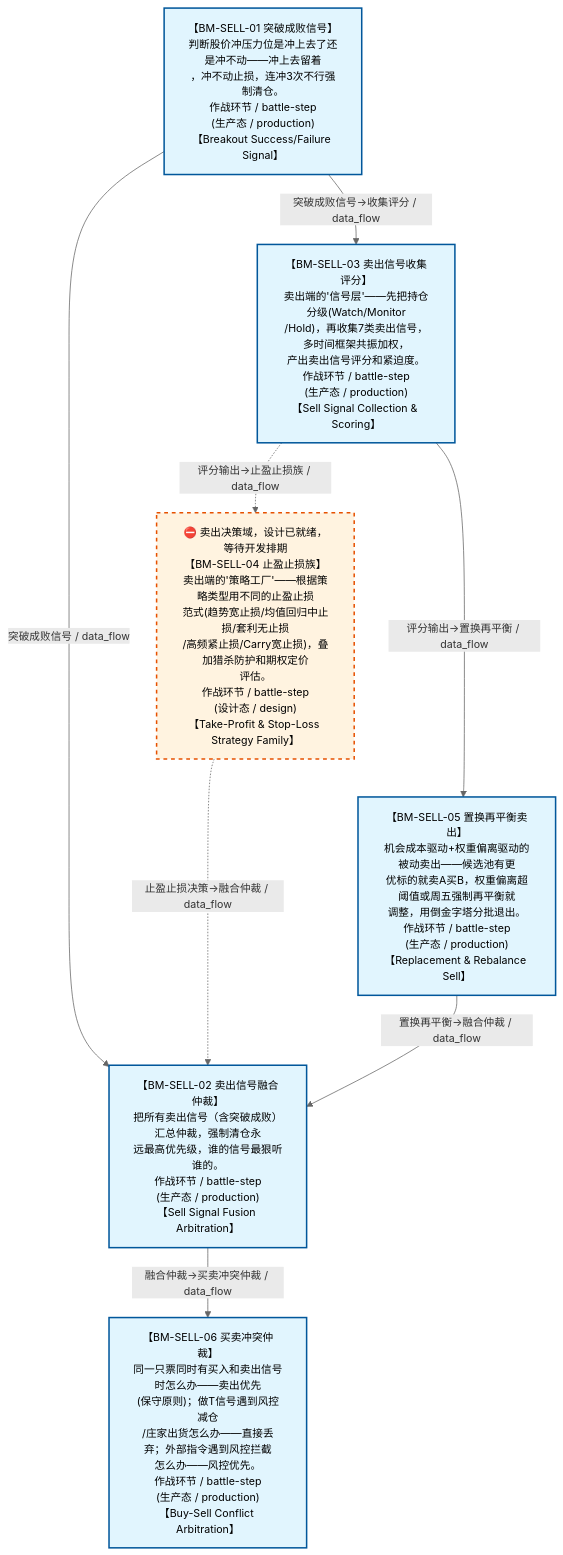
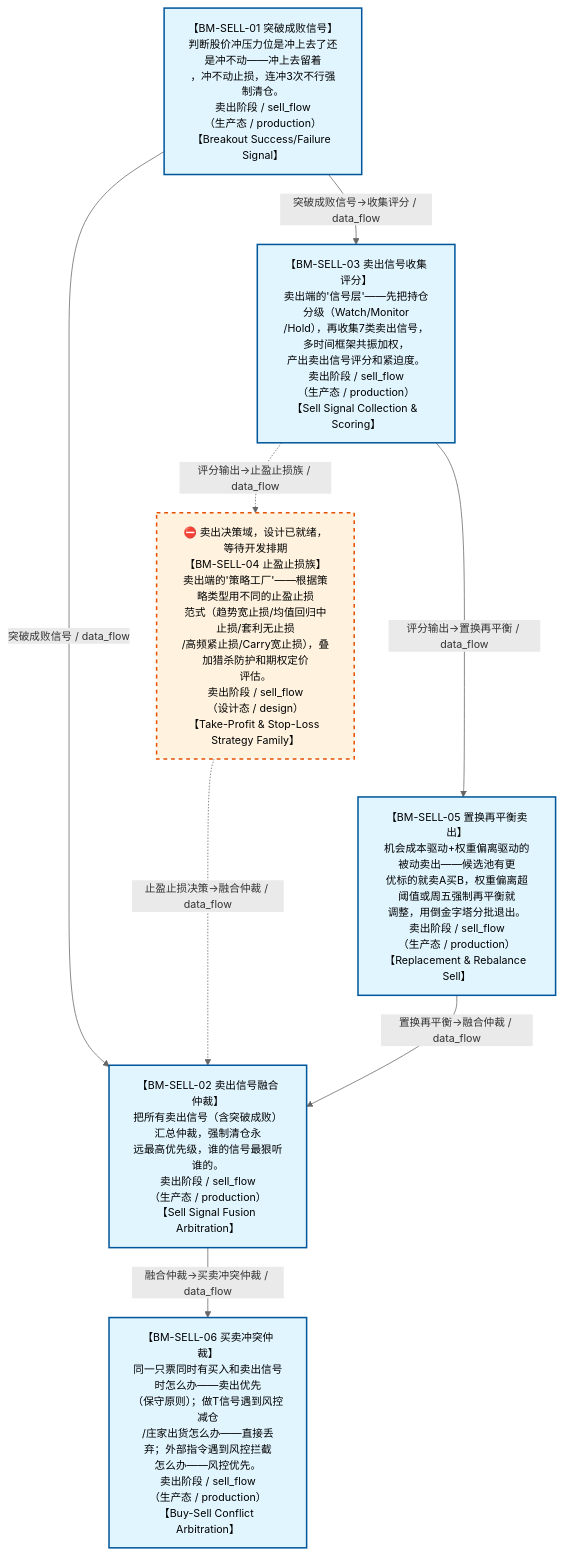
One commit to xuanFelixVan/ZephyrAlpha changed the diagram in docs/02_enterprise_architecture/07_trading_decision_architecture/battle_map/battle_map_03_sell_flow.md. Above: the diagram before and after it, drawn with Mermaid. The commit also changed 9 other files, not shown here.

First line of the commit message:
feat(battle_map): V0.4.0 作战地图父子嵌套机制——schema+写入校验+对齐检查+生成器subgraph+模板V1.5

````diff
--- a/docs/02_enterprise_architecture/07_trading_decision_architecture/battle_map/battle_map_03_sell_flow.md
+++ b/docs/02_enterprise_architecture/07_trading_decision_architecture/battle_map/battle_map_03_sell_flow.md
@@ -38,26 +38,26 @@
 ```mermaid
 %%{init: {'theme': 'base', 'themeVariables': {'primaryColor': '#eaeaea', 'primaryTextColor': '#333333', 'primaryBorderColor': '#666666', 'lineColor': '#666666', 'secondaryColor': '#eaeaea', 'tertiaryColor': '#eaeaea', 'clusterBkg': 'transparent', 'clusterBorder': 'transparent', 'fontSize': '14px'}}}%%
 %% 卖出阶段图
 flowchart TD
-    BM_SELL_01["【BM-SELL-01 突破成败信号】<br/>判断股价冲压力位是冲上去了还是冲不动——冲上去留着<br/>，冲不动止损，连冲3次不行强制清仓。<br/>作战环节 / battle-step<br/>(生产态 / production)<br/>【Breakout Success/Failure Signal】"]
-    BM_SELL_02["【BM-SELL-02 卖出信号融合仲裁】<br/>把所有卖出信号（含突破成败）汇总仲裁，强制清仓永<br/>远最高优先级，谁的信号最狠听谁的。<br/>作战环节 / battle-step<br/>(生产态 / production)<br/>【Sell Signal Fusion Arbitration】"]
-    BM_SELL_03["【BM-SELL-03 卖出信号收集评分】<br/>卖出端的'信号层'——先把持仓分级(Watch/Monitor<br/>/Hold)，再收集7类卖出信号，多时间框架共振加权，<br/>产出卖出信号评分和紧迫度。<br/>作战环节 / battle-step<br/>(生产态 / production)<br/>【Sell Signal Collection &amp; Scoring】"]
-    BM_SELL_04["⛔ 卖出决策域，设计已就绪，等待开发排期<br/>【BM-SELL-04 止盈止损族】<br/>卖出端的'策略工厂'——根据策略类型用不同的止盈止损<br/>范式(趋势宽止损/均值回归中止损/套利无止损<br/>/高频紧止损/Carry宽止损)，叠加猎杀防护和期权定价<br/>评估。<br/>作战环节 / battle-step<br/>(设计态 / design)<br/>【Take-Profit &amp; Stop-Loss Strategy Family】"]
-    BM_SELL_05["【BM-SELL-05 置换再平衡卖出】<br/>机会成本驱动+权重偏离驱动的被动卖出——候选池有更<br/>优标的就卖A买B，权重偏离超阈值或周五强制再平衡就<br/>调整，用倒金字塔分批退出。<br/>作战环节 / battle-step<br/>(生产态 / production)<br/>【Replacement &amp; Rebalance Sell】"]
-    BM_SELL_06["【BM-SELL-06 买卖冲突仲裁】<br/>同一只票同时有买入和卖出信号时怎么办——卖出优先<br/>(保守原则)；做T信号遇到风控减仓<br/>/庄家出货怎么办——直接丢弃；外部指令遇到风控拦截<br/>怎么办——风控优先。<br/>作战环节 / battle-step<br/>(生产态 / production)<br/>【Buy-Sell Conflict Arbitration】"]
+    BM_SELL_01["【BM-SELL-01 突破成败信号】<br/>判断股价冲压力位是冲上去了还是冲不动——冲上去留着<br/>，冲不动止损，连冲3次不行强制清仓。<br/>卖出阶段 / sell_flow<br/>（生产态 / production）<br/>【Breakout Success/Failure Signal】"]
+    BM_SELL_02["【BM-SELL-02 卖出信号融合仲裁】<br/>把所有卖出信号（含突破成败）汇总仲裁，强制清仓永<br/>远最高优先级，谁的信号最狠听谁的。<br/>卖出阶段 / sell_flow<br/>（生产态 / production）<br/>【Sell Signal Fusion Arbitration】"]
+    BM_SELL_03["【BM-SELL-03 卖出信号收集评分】<br/>卖出端的'信号层'——先把持仓分级（Watch/Monitor<br/>/Hold），再收集7类卖出信号，多时间框架共振加权，<br/>产出卖出信号评分和紧迫度。<br/>卖出阶段 / sell_flow<br/>（生产态 / production）<br/>【Sell Signal Collection &amp; Scoring】"]
+    BM_SELL_04["⛔ 卖出决策域，设计已就绪，等待开发排期<br/>【BM-SELL-04 止盈止损族】<br/>卖出端的'策略工厂'——根据策略类型用不同的止盈止损<br/>范式（趋势宽止损/均值回归中止损/套利无止损<br/>/高频紧止损/Carry宽止损），叠加猎杀防护和期权定价<br/>评估。<br/>卖出阶段 / sell_flow<br/>（设计态 / design）<br/>【Take-Profit &amp; Stop-Loss Strategy Family】"]
+    BM_SELL_05["【BM-SELL-05 置换再平衡卖出】<br/>机会成本驱动+权重偏离驱动的被动卖出——候选池有更<br/>优标的就卖A买B，权重偏离超阈值或周五强制再平衡就<br/>调整，用倒金字塔分批退出。<br/>卖出阶段 / sell_flow<br/>（生产态 / production）<br/>【Replacement &amp; Rebalance Sell】"]
+    BM_SELL_06["【BM-SELL-06 买卖冲突仲裁】<br/>同一只票同时有买入和卖出信号时怎么办——卖出优先<br/>（保守原则）；做T信号遇到风控减仓<br/>/庄家出货怎么办——直接丢弃；外部指令遇到风控拦截<br/>怎么办——风控优先。<br/>卖出阶段 / sell_flow<br/>（生产态 / production）<br/>【Buy-Sell Conflict Arbitration】"]
     BM_SELL_04 ~~~ BM_SELL_05
     BM_SELL_01 -->|突破成败信号 / data_flow| BM_SELL_02
     BM_SELL_01 -->|突破成败信号→收集评分 / data_flow| BM_SELL_03
     BM_SELL_03 -.->|评分输出→止盈止损族 / data_flow| BM_SELL_04
     BM_SELL_03 -->|评分输出→置换再平衡 / data_flow| BM_SELL_05
     BM_SELL_04 -.->|止盈止损决策→融合仲裁 / data_flow| BM_SELL_02
     BM_SELL_05 -->|置换再平衡→融合仲裁 / data_flow| BM_SELL_02
     BM_SELL_02 -->|融合仲裁→买卖冲突仲裁 / data_flow| BM_SELL_06
 classDef production fill:#e1f5fe,stroke:#01579b,stroke-width:2px,color:#000
 classDef design fill:#fff3e0,stroke:#e65100,stroke-width:2px,color:#000,stroke-dasharray: 5 5
 classDef deprecated fill:#ffebee,stroke:#c62828,stroke-width:2px,color:#000
 classDef missing fill:#eeeeee,stroke:#9e9e9e,stroke-width:2px,color:#000
 classDef candidate fill:#fffde7,stroke:#f9a825,stroke-width:2px,color:#000,stroke-dasharray: 5 5
     class BM_SELL_01,BM_SELL_02,BM_SELL_03,BM_SELL_05,BM_SELL_06 production
     class BM_SELL_04 design
 ```
````
